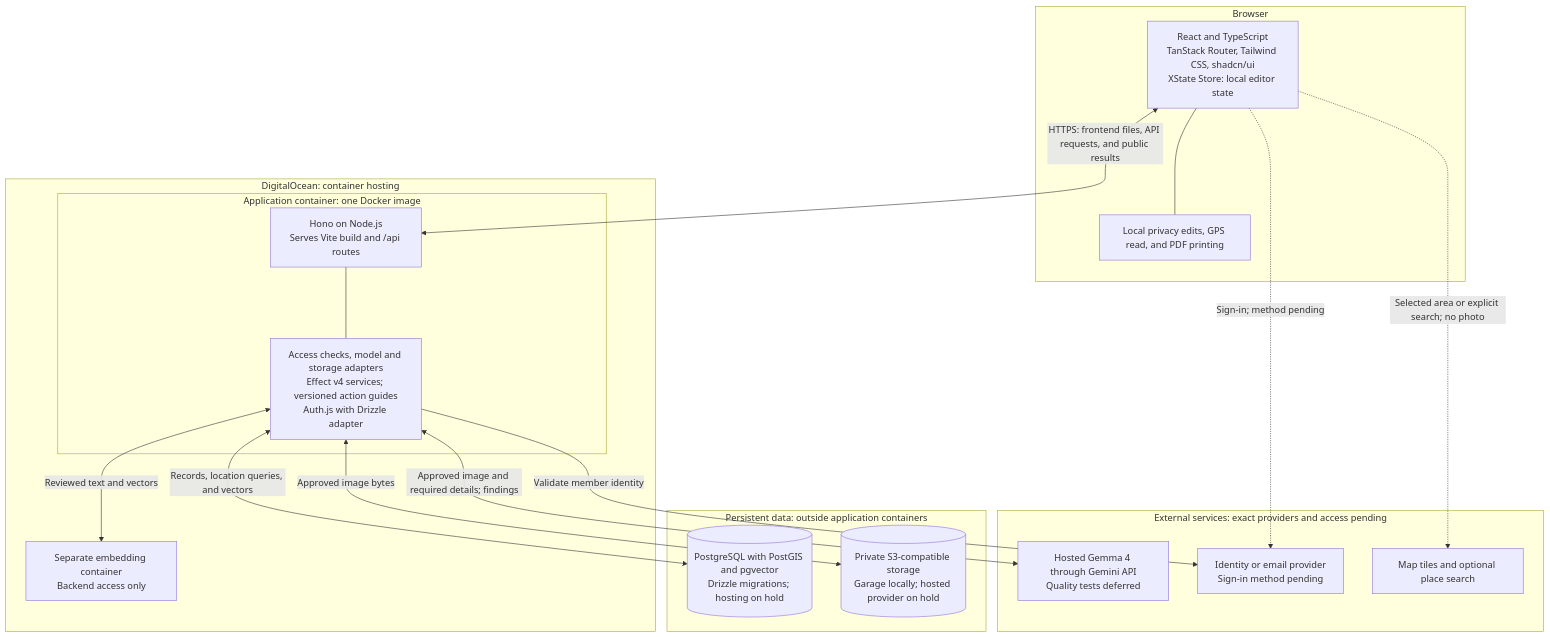
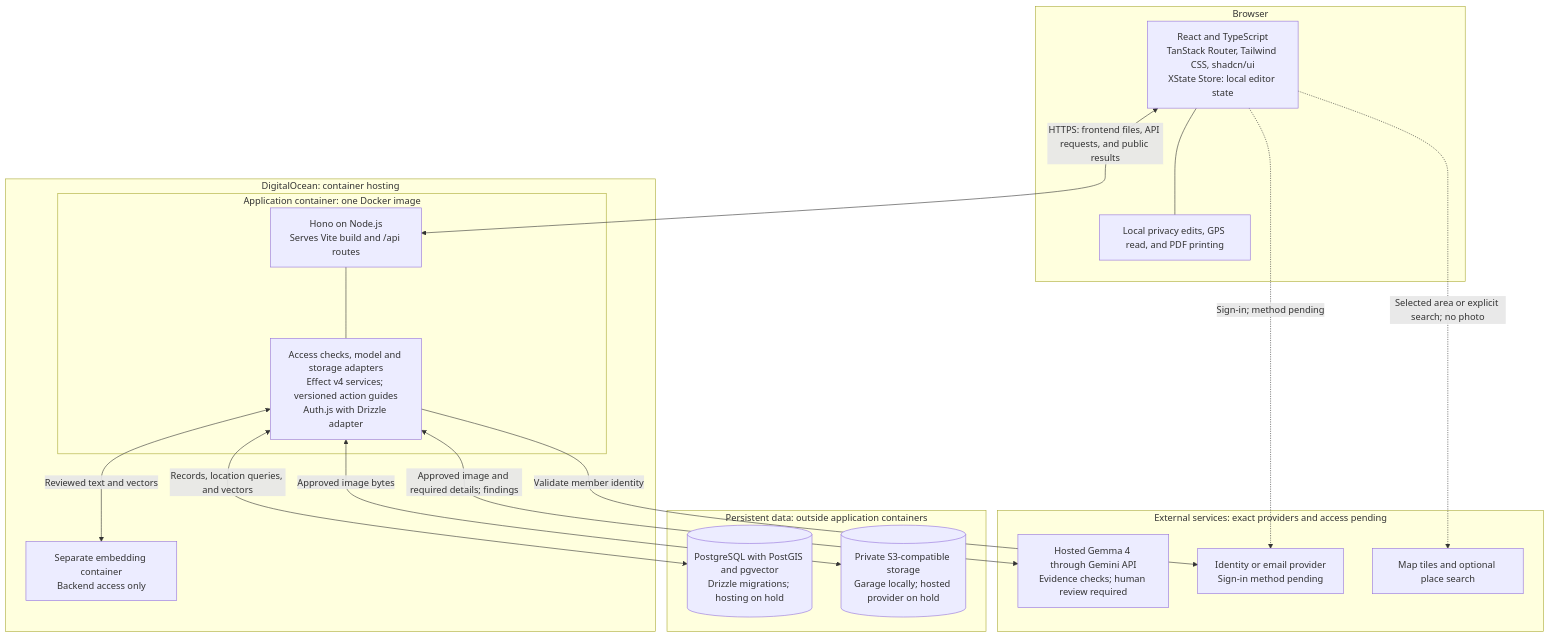
Before and after one commit to sasivarnan/civic-lens: the second of 2 diagrams in WORKFLOW.md, drawn with Mermaid. The commit also changed other lines of this file and 12 other files, not shown here.

````diff
--- a/WORKFLOW.md
+++ b/WORKFLOW.md
@@ -101,33 +102,33 @@
 ```mermaid
 flowchart TB
     subgraph DEVICE["Browser"]
         UI["React and TypeScript<br/>TanStack Router, Tailwind CSS, shadcn/ui<br/>XState Store: local editor state"]
         LOCAL["Local privacy edits, GPS read, and PDF printing"]
         UI --- LOCAL
     end
     subgraph DO["DigitalOcean: container hosting"]
         subgraph APP["Application container: one Docker image"]
             WEB["Hono on Node.js<br/>Serves Vite build and /api routes"]
             RULES["Access checks, model and storage adapters<br/>Effect v4 services; versioned action guides<br/>Auth.js with Drizzle adapter"]
             WEB --- RULES
         end
         MODEL["Separate embedding container<br/>Backend access only"]
         RULES <-->|"Reviewed text and vectors"| MODEL
     end
     subgraph STORAGE["Persistent data: outside application containers"]
         DB[("PostgreSQL with PostGIS and pgvector<br/>Drizzle migrations; hosting on hold")]
         OBJECTS[("Private S3-compatible storage<br/>Garage locally; hosted provider on hold")]
     end
     subgraph EXTERNAL["External services: exact providers and access pending"]
-        GEMMA["Hosted Gemma 4 through Gemini API<br/>Quality tests deferred"]
+        GEMMA["Hosted Gemma 4 through Gemini API<br/>Evidence checks; human review required"]
         AUTH["Identity or email provider<br/>Sign-in method pending"]
         MAP["Map tiles and optional place search"]
     end
     UI <-->|"HTTPS: frontend files, API requests, and public results"| WEB
     UI -.->|"Sign-in; method pending"| AUTH
     RULES -->|"Validate member identity"| AUTH
     RULES <-->|"Approved image and required details; findings"| GEMMA
     RULES <-->|"Records, location queries, and vectors"| DB
     RULES <-->|"Approved image bytes"| OBJECTS
     UI -.->|"Selected area or explicit search; no photo"| MAP
 ```
````
